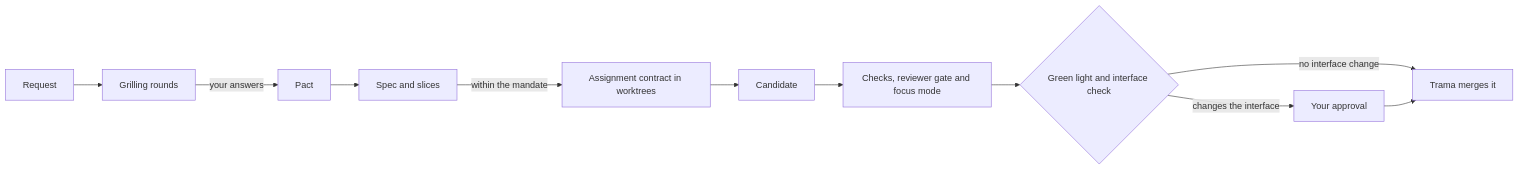
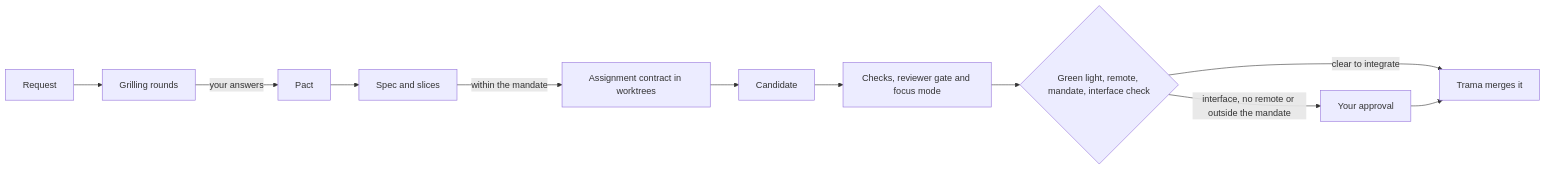
The diagram in README.md (emanueledenaro/trama), drawn with Mermaid before and after one commit. The commit also changed other lines of this file, not shown here.

````diff
--- a/README.md
+++ b/README.md
@@ -106,13 +106,13 @@
 ```mermaid
 flowchart LR
     R[Request] --> G[Grilling rounds]
     G -->|your answers| P[Pact]
     P --> PL[Spec and slices]
     PL -->|within the mandate| A[Assignment contract in worktrees]
     A --> C[Candidate]
     C --> V[Checks, reviewer gate and focus mode]
-    V --> M{Green light and interface check}
-    M -->|no interface change| PR[Trama merges it]
-    M -->|changes the interface| AP[Your approval]
+    V --> M{Green light, remote, mandate, interface check}
+    M -->|clear to integrate| PR[Trama merges it]
+    M -->|interface, no remote or outside the mandate| AP[Your approval]
     AP --> PR
 ```
````
